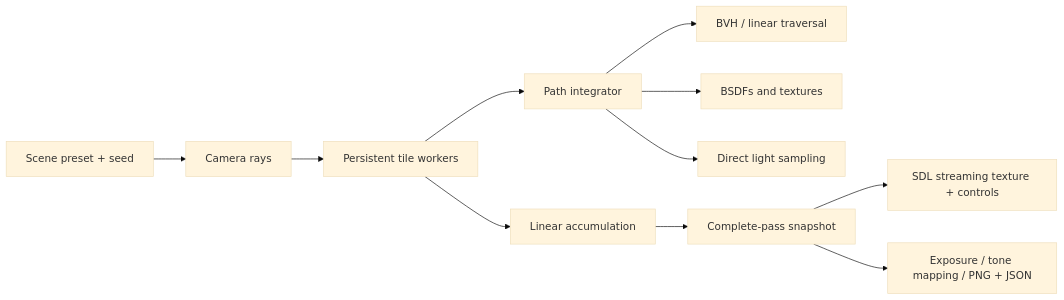
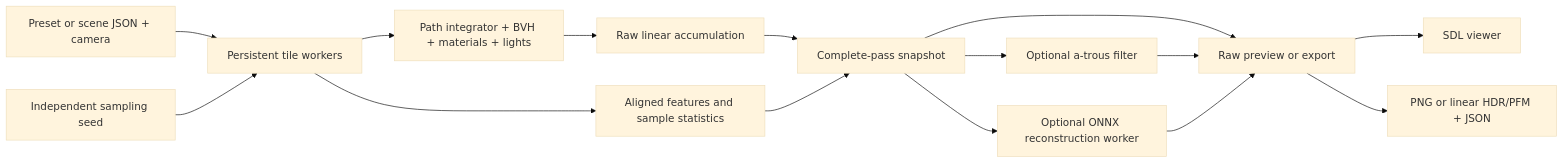
The diagram in docs/architecture.md (Zachshotamartin/RayTracer), drawn with Mermaid (base theme) before and after one commit. The commit also changed other lines of this file and 19 other files, not shown here.

````diff
--- a/docs/architecture.md
+++ b/docs/architecture.md
@@ -7,13 +9,17 @@
 ```mermaid
 flowchart LR
-    Preset[Scene preset + seed] --> Camera[Camera rays]
-    Camera --> Workers[Persistent tile workers]
-    Workers --> Integrator[Path integrator]
-    Integrator --> BVH[BVH / linear traversal]
-    Integrator --> Materials[BSDFs and textures]
-    Integrator --> Lights[Direct light sampling]
-    Workers --> Accumulation[Linear accumulation]
-    Accumulation --> Snapshot[Complete-pass snapshot]
-    Snapshot --> SDL[SDL streaming texture + controls]
-    Snapshot --> Export[Exposure / tone mapping / PNG + JSON]
+    Scene[Preset or scene JSON + camera] --> Workers[Persistent tile workers]
+    Noise[Independent sampling seed] --> Workers
+    Workers --> Integrator[Path integrator + BVH + materials + lights]
+    Integrator --> Raw[Raw linear accumulation]
+    Workers --> Guides[Aligned features and sample statistics]
+    Raw --> Snapshot[Complete-pass snapshot]
+    Guides --> Snapshot
+    Snapshot --> Filter[Optional a-trous filter]
+    Snapshot --> Model[Optional ONNX reconstruction worker]
+    Snapshot --> Display[Raw preview or export]
+    Filter --> Display
+    Model --> Display
+    Display --> SDL[SDL viewer]
+    Display --> Export[PNG or linear HDR/PFM + JSON]
 ```
````
